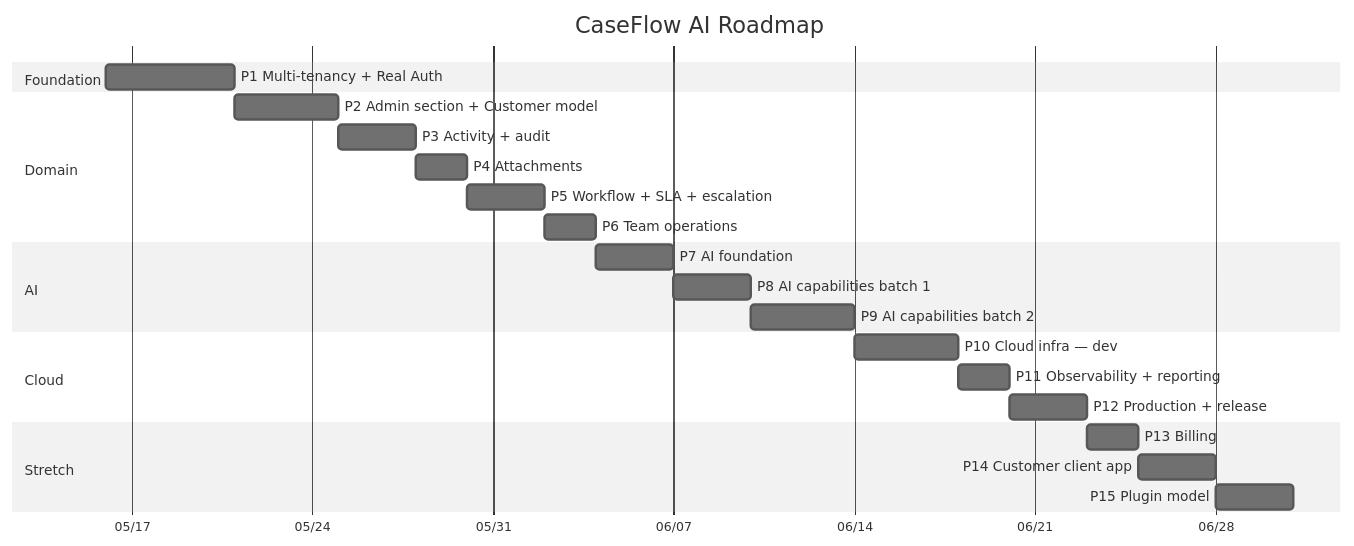
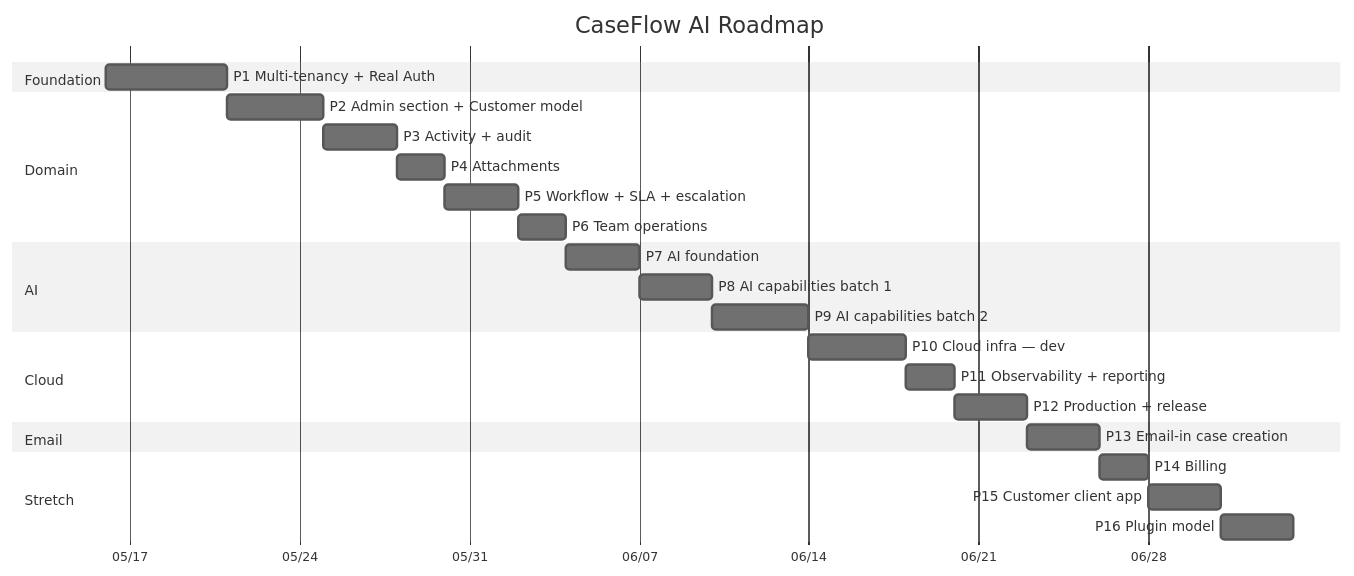
The diagram in ROADMAP.md (amusto/caseflow-ai-showcase), drawn with Mermaid (neutral theme) before and after one commit. The commit also changed other lines of this file and 3 other files, not shown here.

````diff
--- a/ROADMAP.md
+++ b/ROADMAP.md
@@ -76,26 +93,28 @@
 ```mermaid
 gantt
     title CaseFlow AI Roadmap
     dateFormat YYYY-MM-DD
     axisFormat %m/%d
     section Foundation
     P1 Multi-tenancy + Real Auth     :         p1, 2026-05-16, 5d
     section Domain
     P2 Admin section + Customer model :        p2, after p1, 4d
     P3 Activity + audit              :         p3, after p2, 3d
     P4 Attachments                   :         p4, after p3, 2d
     P5 Workflow + SLA + escalation   :         p5, after p4, 3d
     P6 Team operations               :         p6, after p5, 2d
     section AI
     P7 AI foundation                 :         p7, after p6, 3d
     P8 AI capabilities batch 1       :         p8, after p7, 3d
     P9 AI capabilities batch 2       :         p9, after p8, 4d
     section Cloud
     P10 Cloud infra — dev            :         p10, after p9, 4d
     P11 Observability + reporting    :         p11, after p10, 2d
     P12 Production + release         :         p12, after p11, 3d
+    section Email
+    P13 Email-in case creation       :         p13, after p12, 3d
     section Stretch
-    P13 Billing                      :         p13, after p12, 2d
-    P14 Customer client app          :         p14, after p13, 3d
-    P15 Plugin model                 :         p15, after p14, 3d
+    P14 Billing                      :         p14, after p13, 2d
+    P15 Customer client app          :         p15, after p14, 3d
+    P16 Plugin model                 :         p16, after p15, 3d
 ```
````
